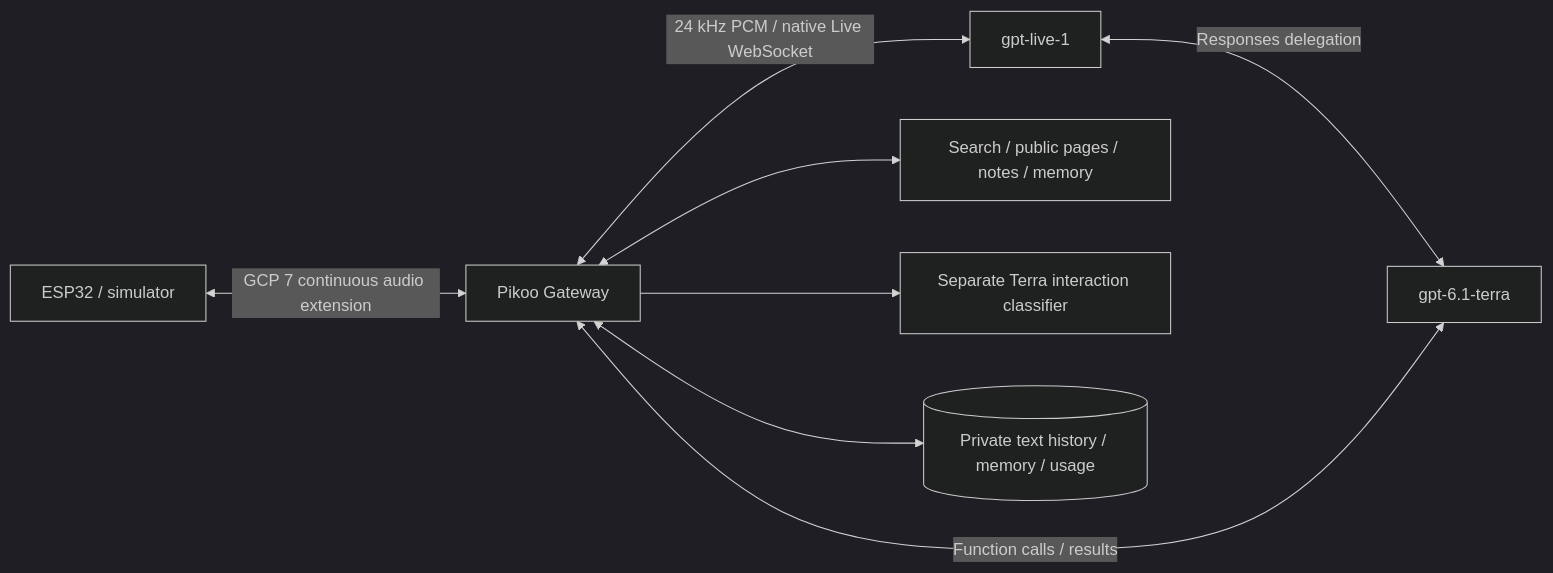
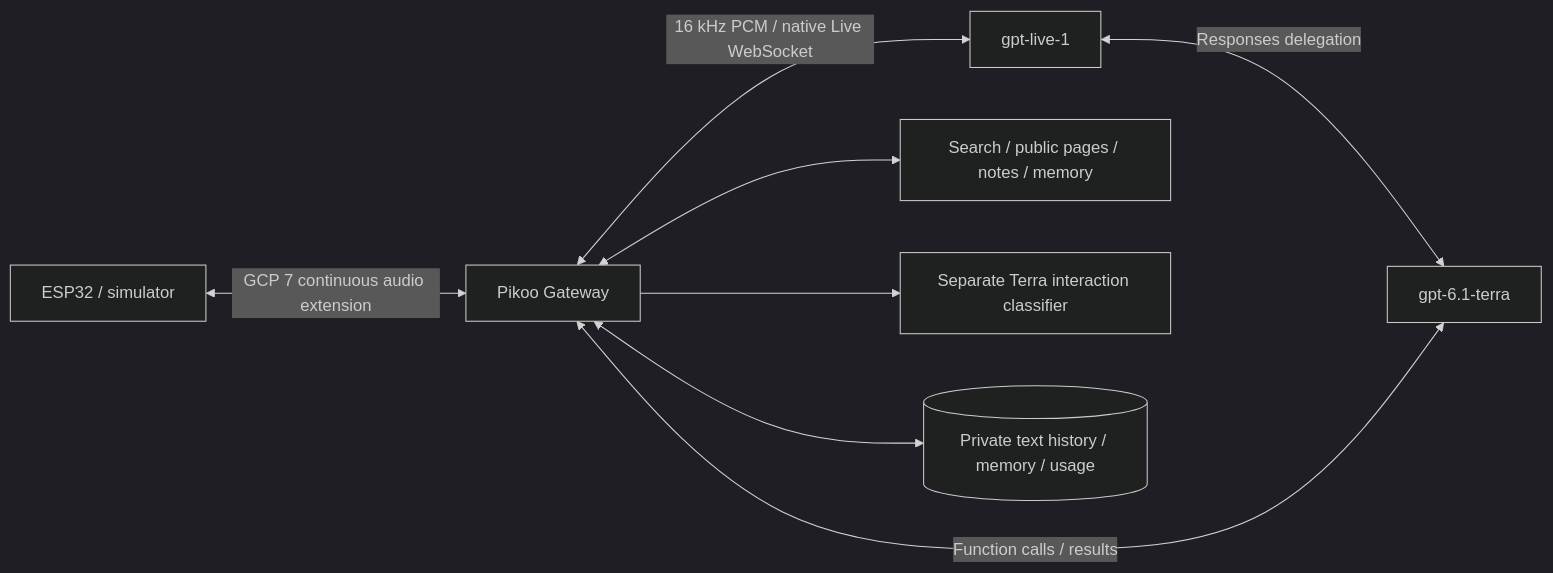
The diagram in docs/openai-live.md (skiyo/pikoo), drawn with Mermaid (dark theme) before and after one commit. The commit also changed other lines of this file and 15 other files, not shown here.

Commit message:
Use native 16 kHz Live audio with negotiated device playback

````diff
--- a/docs/openai-live.md
+++ b/docs/openai-live.md
@@ -29,10 +31,10 @@
 ```mermaid
 flowchart LR
     Device[ESP32 / simulator] <-->|GCP 7 continuous audio extension| Gateway[Pikoo Gateway]
-    Gateway <-->|24 kHz PCM / native Live WebSocket| Live[gpt-live-1]
+    Gateway <-->|16 kHz PCM / native Live WebSocket| Live[gpt-live-1]
     Live <-->|Responses delegation| Terra[gpt-6.1-terra]
     Terra <-->|Function calls / results| Gateway
     Gateway <--> Tools[Search / public pages / notes / memory]
     Gateway --> Classifier[Separate Terra interaction classifier]
     Gateway <--> State[(Private text history / memory / usage)]
 ```
````
